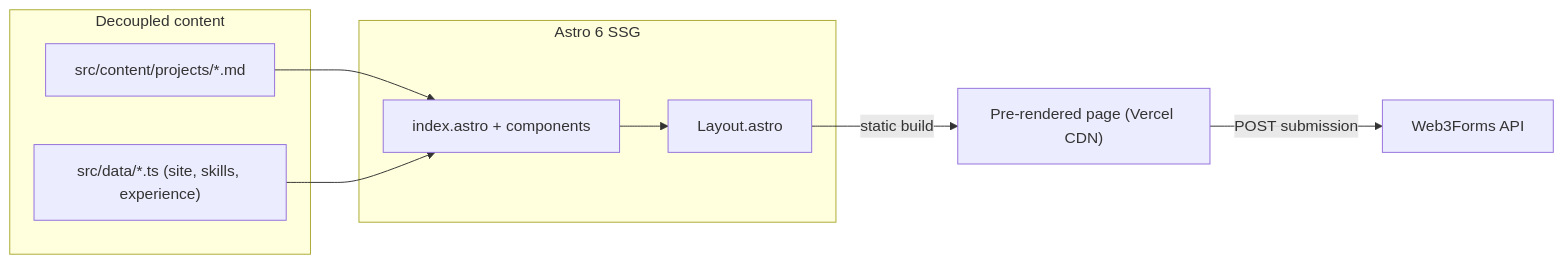
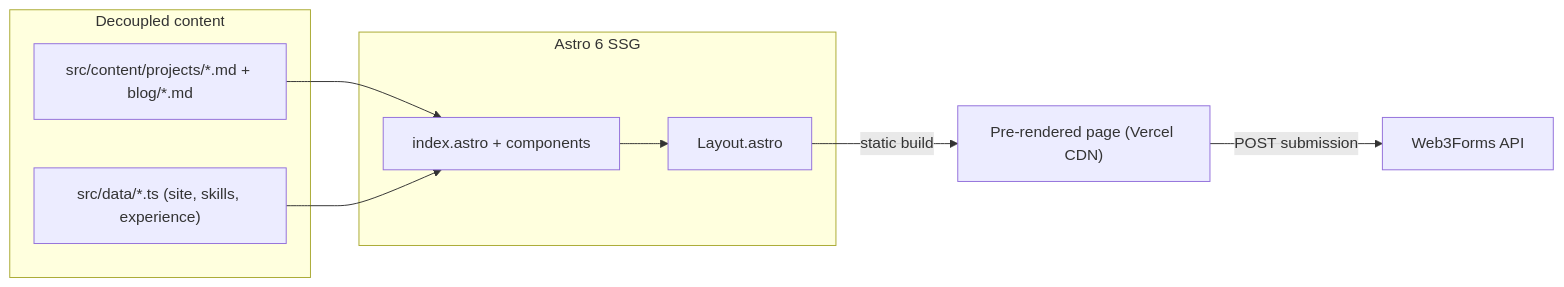
One commit to LukeSantossz/portifolio changed the diagram in README.md. Above: the diagram before and after it, drawn with Mermaid. The commit also changed other lines of this file and 1 other file, not shown here.

Commit message:
docs: record ADR-0008 for the blog content collection

````diff
--- a/README.md
+++ b/README.md
@@ -39,16 +39,16 @@
 ```mermaid
 flowchart LR
     subgraph Data ["Decoupled content"]
-        MD["src/content/projects/*.md"]
+        MD["src/content/projects/*.md + blog/*.md"]
         TS["src/data/*.ts (site, skills, experience)"]
     end
     subgraph Build ["Astro 6 SSG"]
         Pages["index.astro + components"]
         Layout["Layout.astro"]
     end
     MD --> Pages
     TS --> Pages
     Pages --> Layout
     Layout -->|static build| UI["Pre-rendered page (Vercel CDN)"]
     UI -->|POST submission| W3F["Web3Forms API"]
 ```
````
